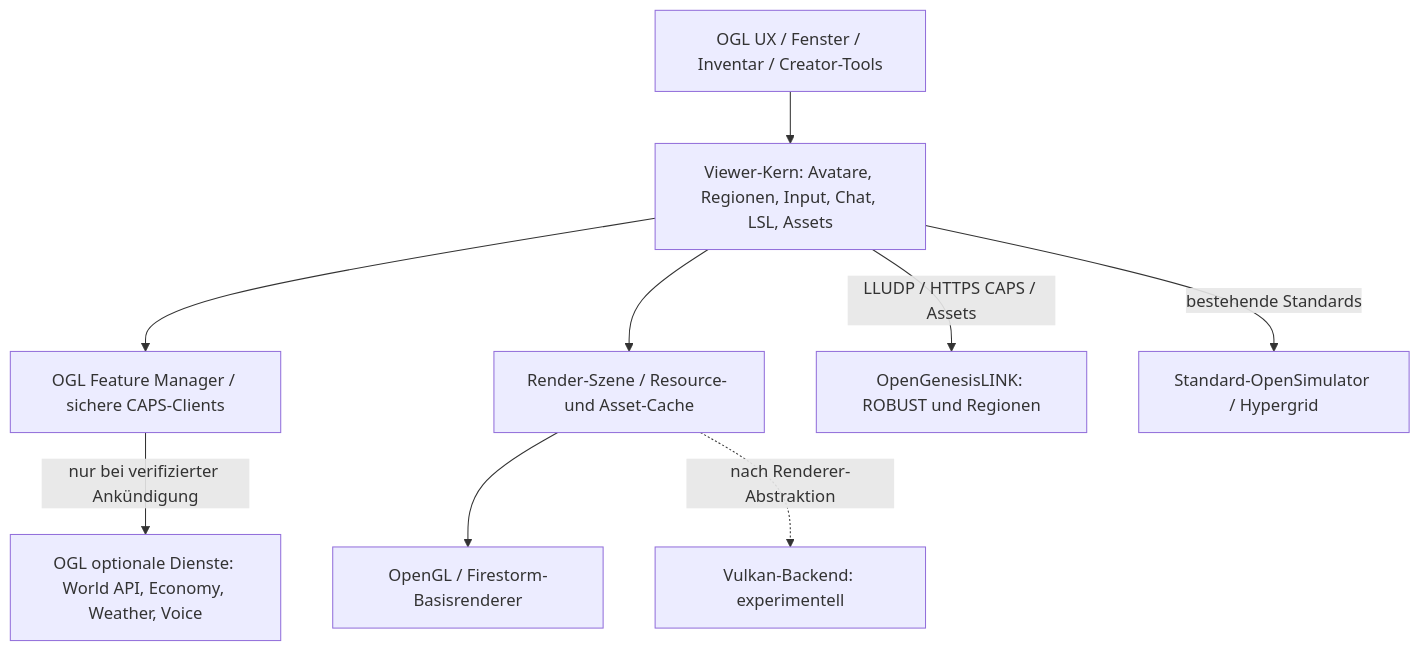
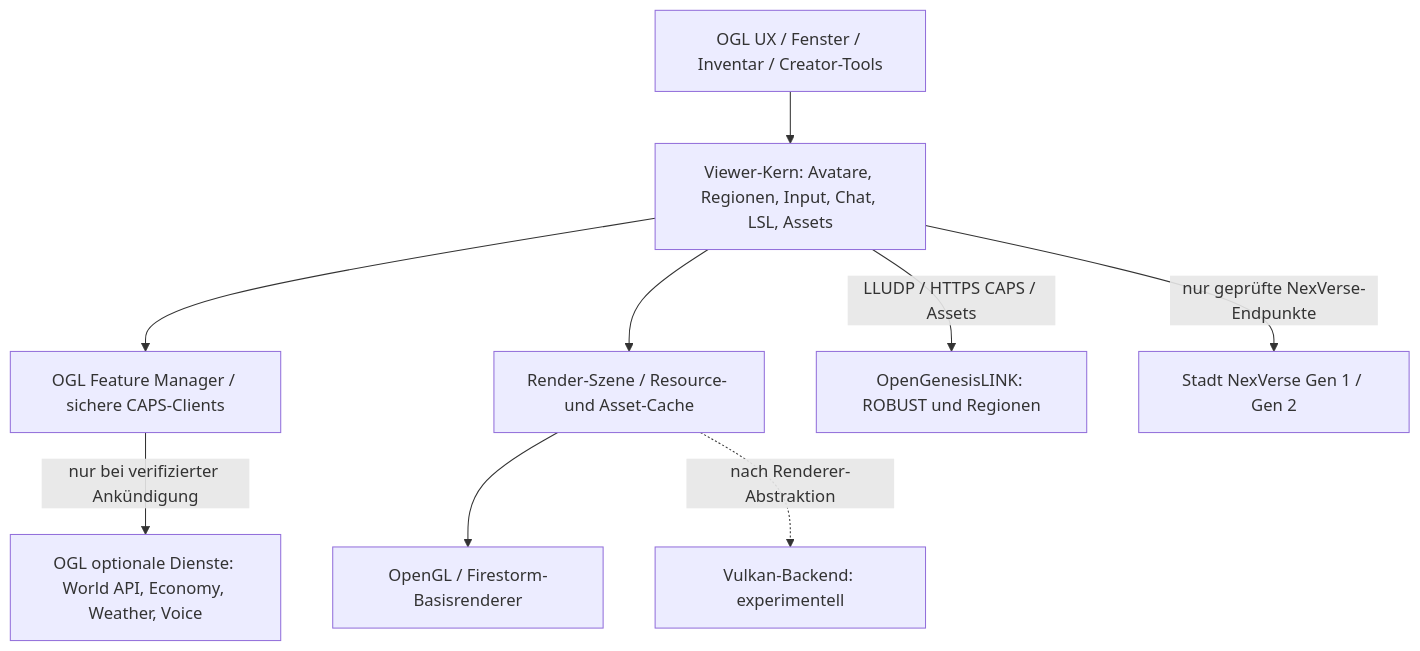
Before and after one commit to opengenesislink/trixiestormviewer: the diagram in ROADMAP.md, drawn with Mermaid. The commit also changed other lines of this file and 9 other files, not shown here.

Commit message:
docs: make TrixieStorm exclusive to Stadt NexVerse Gen1 and Gen2 beta

````diff
--- a/ROADMAP.md
+++ b/ROADMAP.md
@@ -52,21 +67,21 @@
 ```mermaid
 flowchart TB
     UI[OGL UX / Fenster / Inventar / Creator-Tools]
     APP[Viewer-Kern: Avatare, Regionen, Input, Chat, LSL, Assets]
     CAPS[OGL Feature Manager / sichere CAPS-Clients]
     SCENE[Render-Szene / Resource- und Asset-Cache]
     GL[OpenGL / Firestorm-Basisrenderer]
     VK[Vulkan-Backend: experimentell]
     GRID[OpenGenesisLINK: ROBUST und Regionen]
     EXT[OGL optionale Dienste: World API, Economy, Weather, Voice]
-    OS[Standard-OpenSimulator / Hypergrid]
+    OS[Stadt NexVerse Gen 1 / Gen 2]
 
     UI --> APP
     APP --> CAPS
     APP --> SCENE
     SCENE --> GL
     SCENE -. nach Renderer-Abstraktion .-> VK
     APP -->|LLUDP / HTTPS CAPS / Assets| GRID
-    APP -->|bestehende Standards| OS
+    APP -->|nur geprüfte NexVerse-Endpunkte| OS
     CAPS -->|nur bei verifizierter Ankündigung| EXT
 ```
````
